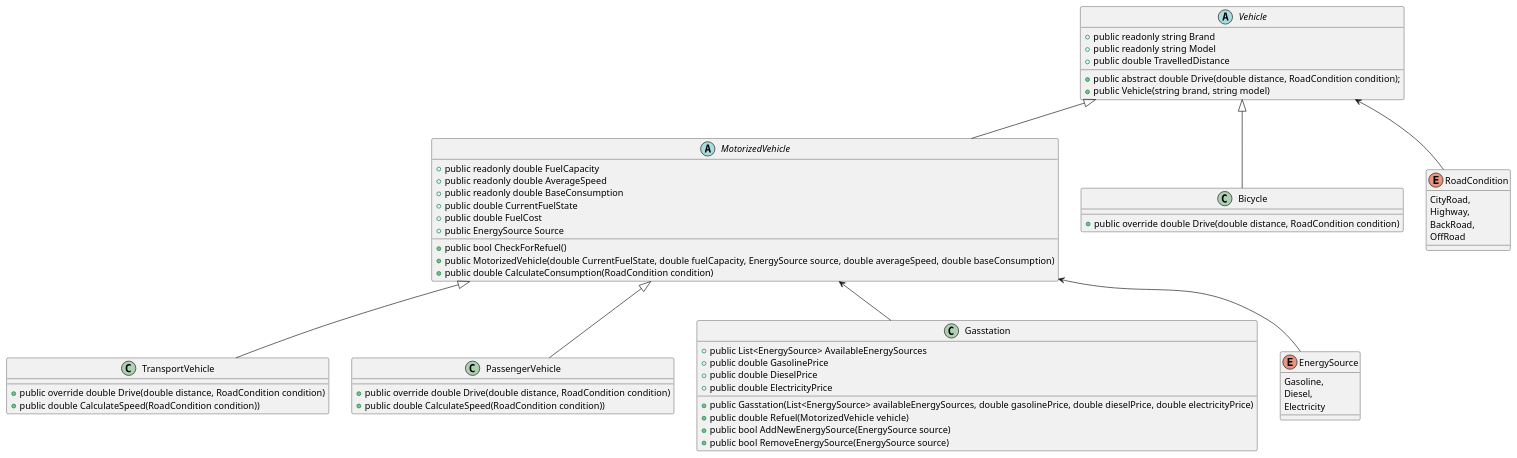
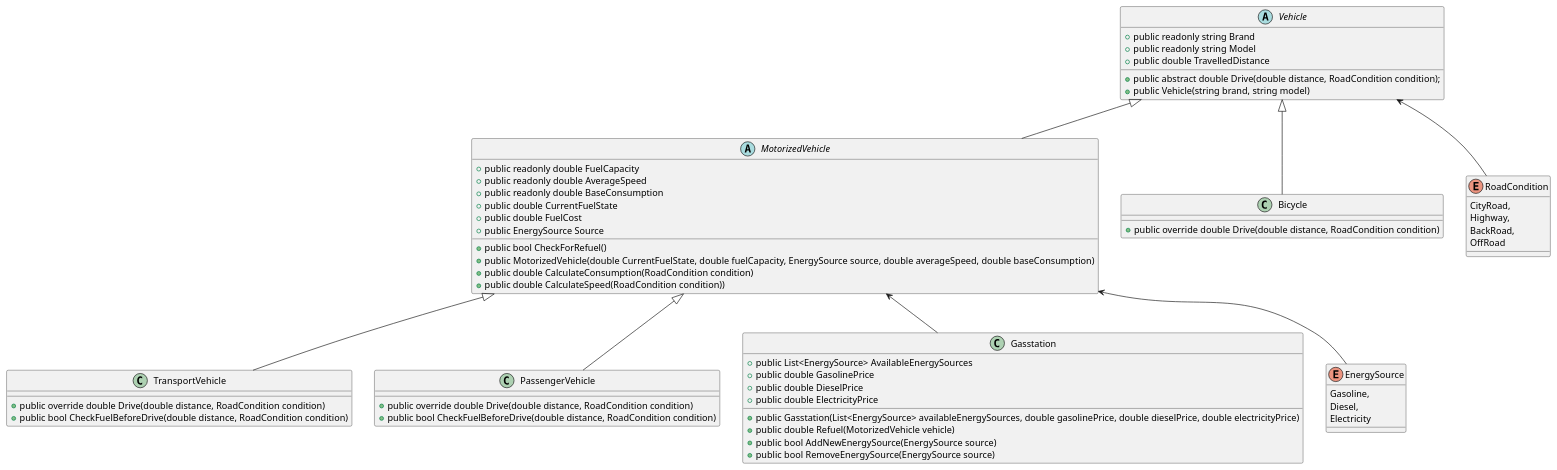
One commit to LParzerhtl/PoseOODPT changed the diagram in vehicles/Model.puml. Above: the diagram before and after it, drawn with PlantUML. The commit also changed 124 other files, not shown here.

```diff
--- a/vehicles/Model.puml
+++ b/vehicles/Model.puml
@@ -1,83 +1,87 @@
 @startuml
 'https://plantuml.com/sequence-diagram
 
 Vehicle <|-- MotorizedVehicle
 MotorizedVehicle <|-- TransportVehicle
 MotorizedVehicle <|-- PassengerVehicle
 Vehicle <|-- Bicycle
 Vehicle <-- RoadCondition
 MotorizedVehicle <-- Gasstation
 MotorizedVehicle <-- EnergySource
 abstract Vehicle
 {
     +public readonly string Brand
     +public readonly string Model
     +public double TravelledDistance
     
     +public abstract double Drive(double distance, RoadCondition condition);
     +public Vehicle(string brand, string model)
     
 }
 
 class TransportVehicle
 {
    
     +public override double Drive(double distance, RoadCondition condition)
-    +public double CalculateSpeed(RoadCondition condition))
+    
+    +public bool CheckFuelBeforeDrive(double distance, RoadCondition condition)
 }
 
 class PassengerVehicle
 {
     
+    
     +public override double Drive(double distance, RoadCondition condition)
-    +public double CalculateSpeed(RoadCondition condition))
+    +public bool CheckFuelBeforeDrive(double distance, RoadCondition condition)
 }
 
 abstract MotorizedVehicle
 {
     +public readonly double FuelCapacity
     +public readonly double AverageSpeed
     +public readonly double BaseConsumption
     +public double CurrentFuelState
     +public double FuelCost
     +public EnergySource Source
     
     +public bool CheckForRefuel()
     +public MotorizedVehicle(double CurrentFuelState, double fuelCapacity, EnergySource source, double averageSpeed, double baseConsumption)  
     +public double CalculateConsumption(RoadCondition condition)
+    +public double CalculateSpeed(RoadCondition condition))
     
 }
 
 class Bicycle
 {
     +public override double Drive(double distance, RoadCondition condition)
 }
 
 enum RoadCondition
 {
     CityRoad,
     Highway,
     BackRoad,
     OffRoad
 }
 
 class Gasstation
 {
     +public List<EnergySource> AvailableEnergySources
     +public double GasolinePrice
     +public double DieselPrice
     +public double ElectricityPrice
     
     +public Gasstation(List<EnergySource> availableEnergySources, double gasolinePrice, double dieselPrice, double electricityPrice)
     +public double Refuel(MotorizedVehicle vehicle)
     +public bool AddNewEnergySource(EnergySource source)
     +public bool RemoveEnergySource(EnergySource source)
+    
 }
 
 enum EnergySource
 {
     Gasoline,
     Diesel,
     Electricity
 }
 @enduml
```
